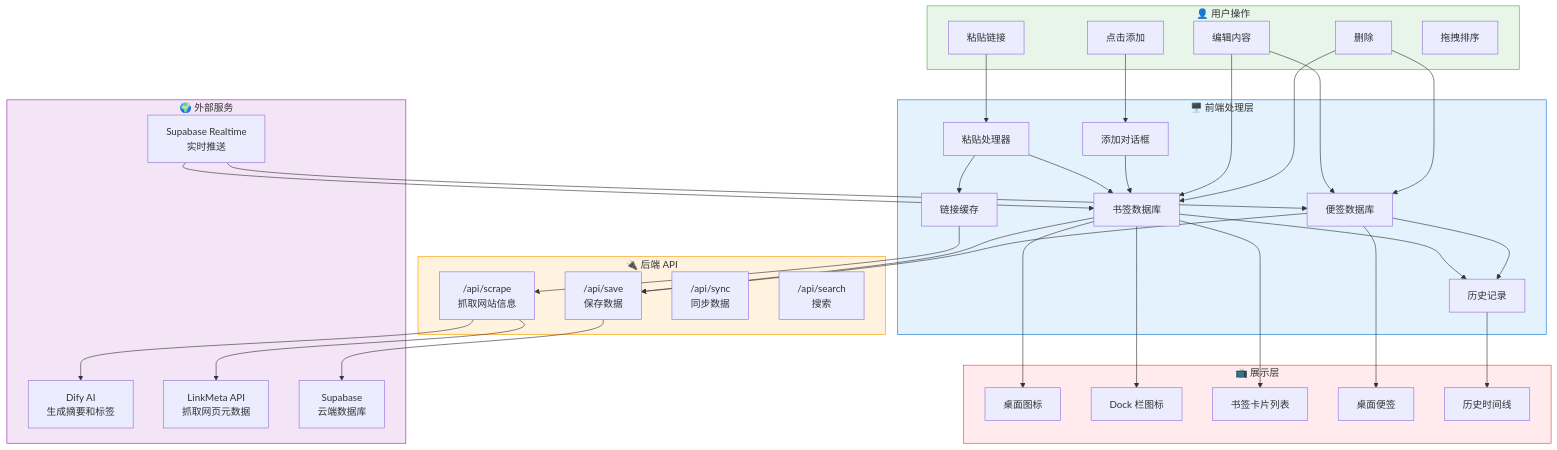
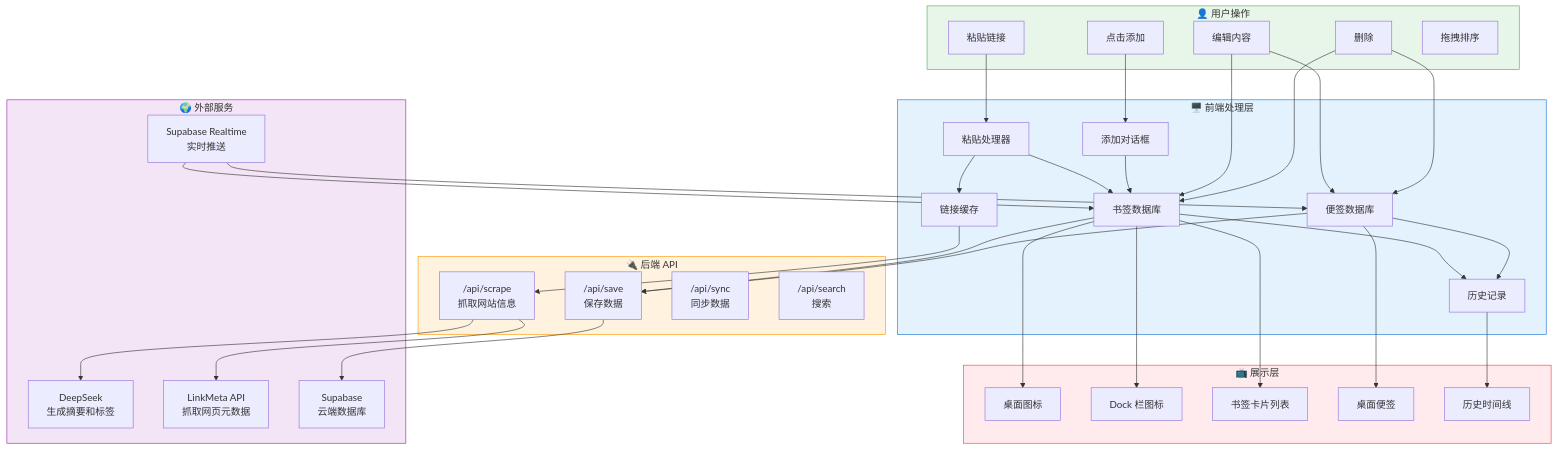
Before and after one commit to hiyeshu/kyo.is: diagram 17 of 18 in docs/explain/03-data-flow.md, drawn with Mermaid. The commit also changed other lines of this file and 127 other files, not shown here.

````diff
--- a/docs/explain/03-data-flow.md
+++ b/docs/explain/03-data-flow.md
@@ -443,68 +443,68 @@
 ```mermaid
 graph TB
     subgraph 用户操作["👤 用户操作"]
         Paste["粘贴链接"]
         Click["点击添加"]
         Edit["编辑内容"]
         Delete["删除"]
         DragDrop["拖拽排序"]
     end
 
     subgraph 前端处理["🖥️ 前端处理层"]
         PasteHandler["粘贴处理器"]
         Dialog["添加对话框"]
         BookmarkStore["书签数据库"]
         StickiesStore["便签数据库"]
         HistoryStore["历史记录"]
         LinkMetaStore["链接缓存"]
     end
 
     subgraph 后端API["🔌 后端 API"]
         ScrapeAPI["/api/scrape<br/>抓取网站信息"]
         SaveAPI["/api/save<br/>保存数据"]
         SyncAPI["/api/sync<br/>同步数据"]
         SearchAPI["/api/search<br/>搜索"]
     end
 
     subgraph 外部服务["🌍 外部服务"]
-        DifyAI["Dify AI<br/>生成摘要和标签"]
+        DeepSeekAI["DeepSeek<br/>生成摘要和标签"]
         LinkMetaAPI["LinkMeta API<br/>抓取网页元数据"]
         SupabaseDB["Supabase<br/>云端数据库"]
         SupabaseRT["Supabase Realtime<br/>实时推送"]
     end
 
     subgraph 展示层["📺 展示层"]
         DesktopIcons["桌面图标"]
         DockIcons["Dock 栏图标"]
         BookmarkCards["书签卡片列表"]
         StickyNotes["桌面便签"]
         Timeline["历史时间线"]
     end
 
     Paste --> PasteHandler
     Click --> Dialog
     PasteHandler --> BookmarkStore
     Dialog --> BookmarkStore
     Edit --> BookmarkStore & StickiesStore
     Delete --> BookmarkStore & StickiesStore
 
     BookmarkStore --> HistoryStore
     StickiesStore --> HistoryStore
     PasteHandler --> LinkMetaStore
 
     BookmarkStore --> SaveAPI --> SupabaseDB
     StickiesStore --> SaveAPI
-    LinkMetaStore --> ScrapeAPI --> DifyAI & LinkMetaAPI
+    LinkMetaStore --> ScrapeAPI --> DeepSeekAI & LinkMetaAPI
 
     SupabaseRT --> BookmarkStore & StickiesStore
 
     BookmarkStore --> DesktopIcons & DockIcons & BookmarkCards
     StickiesStore --> StickyNotes
     HistoryStore --> Timeline
 
     style 用户操作 fill:#E8F5E9,stroke:#4CAF50
     style 前端处理 fill:#E3F2FD,stroke:#1976D2
     style 后端API fill:#FFF3E0,stroke:#FF9800
     style 外部服务 fill:#F3E5F5,stroke:#9C27B0
     style 展示层 fill:#FFEBEE,stroke:#F44336
 ```
````
